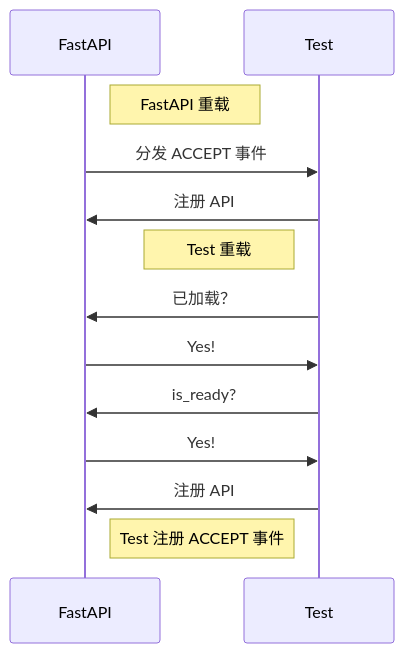
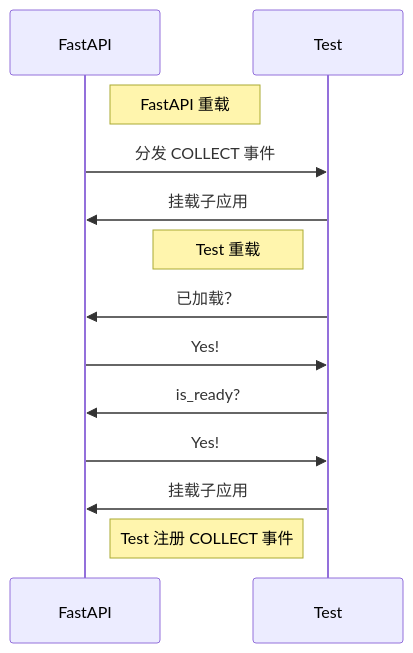
Before and after one commit to AnzhiZhang/MCDReforgedPlugins: the third of 3 diagrams in src/fastapi_mcdr/readme_cn.md, drawn with Mermaid. The commit also changed other lines of this file and 1 other file, not shown here.

````diff
--- a/src/fastapi_mcdr/readme_cn.md
+++ b/src/fastapi_mcdr/readme_cn.md
@@ -98,20 +111,20 @@
 ```mermaid
 sequenceDiagram
     participant FastAPI
     participant Test
 
     Note right of FastAPI: FastAPI 重载
 
-    FastAPI ->> Test: 分发 ACCEPT 事件
-    Test ->> FastAPI: 注册 API
+    FastAPI ->> Test: 分发 COLLECT 事件
+    Test ->> FastAPI: 挂载子应用
 
     Note left of Test: Test 重载
 
     Test ->> FastAPI: 已加载？
     FastAPI ->> Test: Yes!
     Test ->> FastAPI: is_ready?
     FastAPI ->> Test: Yes!
-    Test ->> FastAPI: 注册 API
+    Test ->> FastAPI: 挂载子应用
 
-    Note left of Test: Test 注册 ACCEPT 事件
+    Note left of Test: Test 注册 COLLECT 事件
 ```
````
